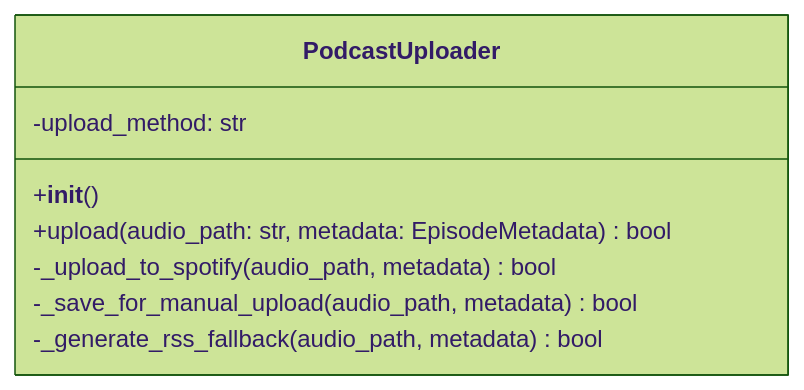
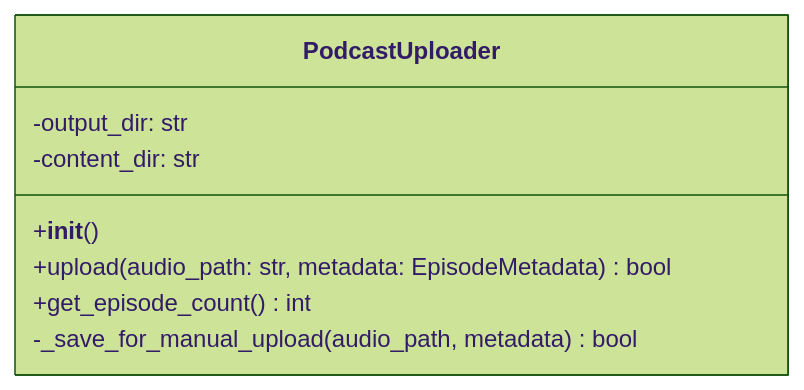
The fourth of 5 diagrams in docs/LLD.md (necoha/auto-podcast), drawn with Mermaid (forest theme) before and after one commit. The commit also changed other lines of this file and 2 other files, not shown here.

````diff
--- a/docs/LLD.md
+++ b/docs/LLD.md
@@ -196,11 +196,11 @@
 ```mermaid
 classDiagram
     class PodcastUploader {
-        -upload_method: str
+        -output_dir: str
+        -content_dir: str
         +__init__()
         +upload(audio_path: str, metadata: EpisodeMetadata) bool
-        -_upload_to_spotify(audio_path, metadata) bool
+        +get_episode_count() int
         -_save_for_manual_upload(audio_path, metadata) bool
-        -_generate_rss_fallback(audio_path, metadata) bool
     }
 ```
````
